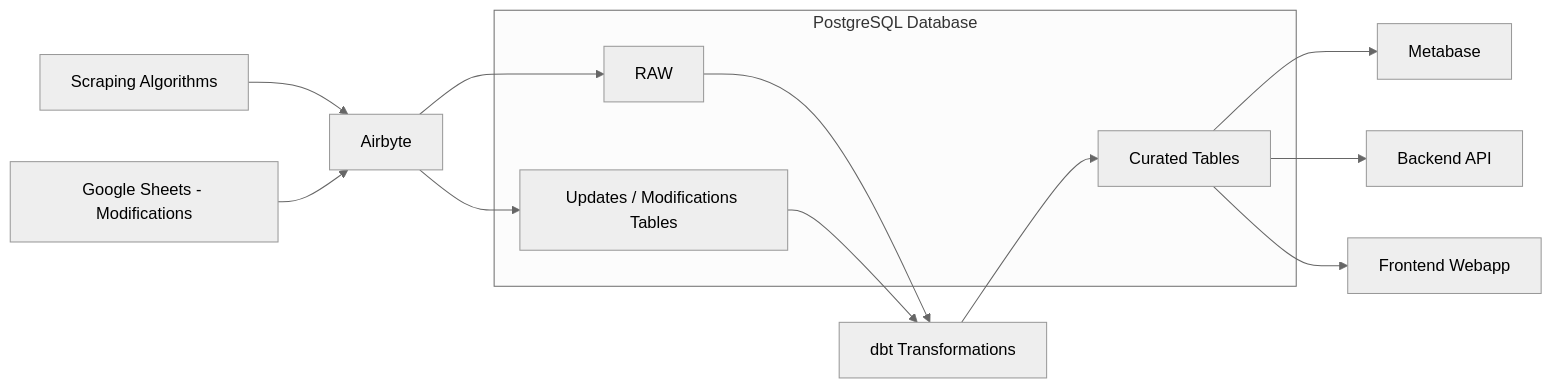
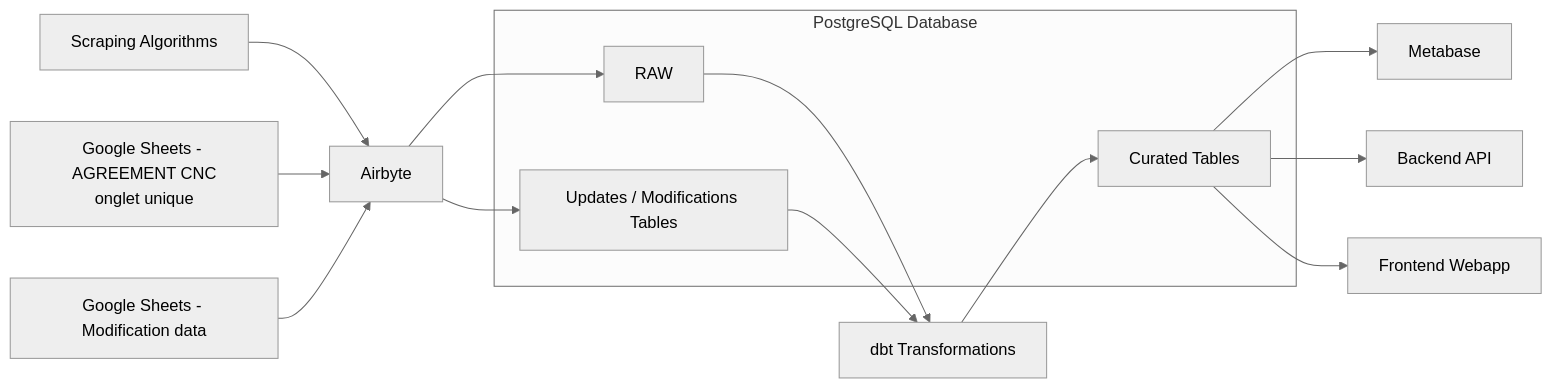
The diagram in docs/architecture/processus-validation-mise-a-jour-donnees-cinema.md (dataforgoodfr/13_reveler_inegalites_cinema), drawn with Mermaid (neutral theme) before and after one commit. The commit also changed other lines of this file and 2 other files, not shown here.

Commit message:
docs: update last reviewed date and refine guidelines for Google Sheets and Airbyte integration

````diff
--- a/docs/architecture/processus-validation-mise-a-jour-donnees-cinema.md
+++ b/docs/architecture/processus-validation-mise-a-jour-donnees-cinema.md
@@ -51,19 +51,20 @@
 ```mermaid
 flowchart LR
     SCRAP[Scraping Algorithms] --> AB[Airbyte]
-    GS[Google Sheets - Modifications] --> AB
+    GSCNC[Google Sheets - AGREEMENT CNC\nonglet unique] --> AB
+    GSMOD[Google Sheets - Modification data] --> AB
     AB --> UPD[Updates / Modifications Tables]
     AB --> RAW
     subgraph PG[PostgreSQL Database]
         RAW
         UPD
         CUR[Curated Tables]
     end
 
     RAW --> DBT[dbt Transformations]
     UPD --> DBT
     DBT --> CUR
     CUR --> META[Metabase]
     CUR --> API[Backend API]
     CUR --> FE[Frontend Webapp]
 ```
````
